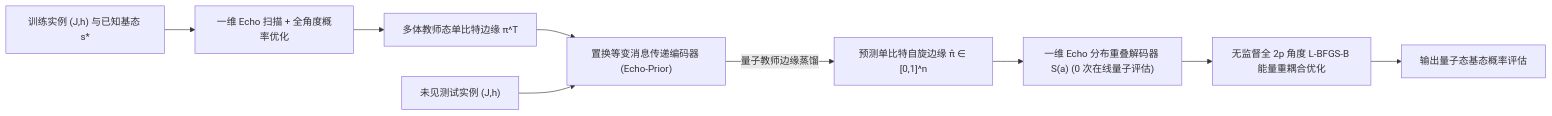
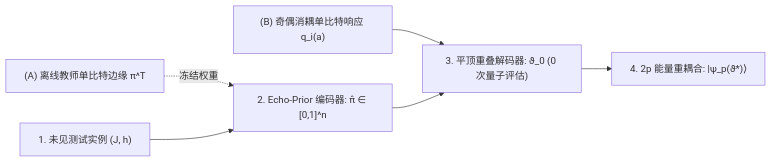
One commit to jollyxenon/Echo-Prior changed the diagram in paper/paper1-icml-zh.md. Above: the diagram before and after it, drawn with Mermaid. The commit also changed other lines of this file and 20 other files, not shown here.

````diff
--- a/paper/paper1-icml-zh.md
+++ b/paper/paper1-icml-zh.md
@@ -15,11 +15,8 @@
 ```mermaid
 flowchart LR
-    A["训练实例 (J,h) 与已知基态 s*"] --> B["一维 Echo 扫描 + 全角度概率优化"]
-    B --> C["多体教师态单比特边缘 π^T"]
-    C --> D["置换等变消息传递编码器 (Echo-Prior)"]
-    G["未见测试实例 (J,h)"] --> D
-    D -->|"量子教师边缘蒸馏"| F["预测单比特自旋边缘 π̂ ∈ [0,1]^n"]
-    F --> I["一维 Echo 分布重叠解码器 S(a) (0 次在线量子评估)"]
-    I --> J["无监督全 2p 角度 L-BFGS-B 能量重耦合优化"]
-    J --> K["输出量子态基态概率评估"]
+    T["(A) 离线教师单比特边缘 π^T"] -.->|"冻结权重"| E
+    P["(B) 奇偶消耦单比特响应 q_i(a)"] --> D
+    U["1. 未见测试实例 (J, h)"] --> E["2. Echo-Prior 编码器: π̂ ∈ [0,1]^n"]
+    E --> D["3. 平顶重叠解码器: ϑ_0 (0 次量子评估)"]
+    D --> R["4. 2p 能量重耦合: |ψ_p(ϑ*)⟩"]
 ```
````
